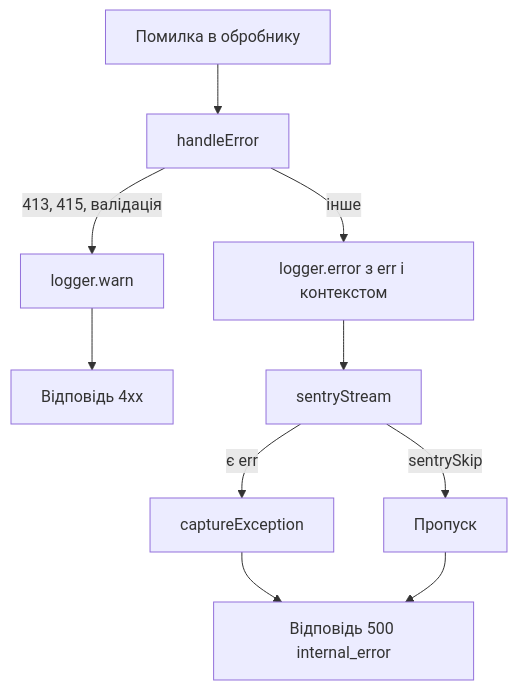
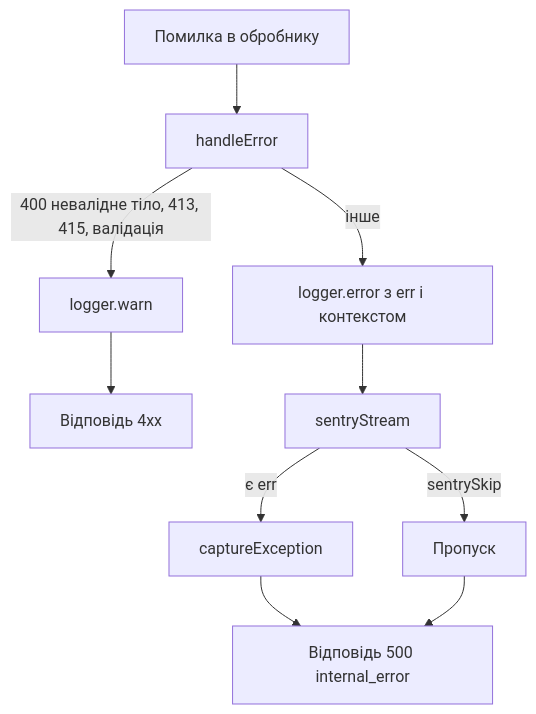
Before and after one commit to Blazheiko/itvibe-template: the diagram in documentation/backend/observability.md, drawn with Mermaid. The commit also changed 2 other files, not shown here.

Commit message:
Address review of feat-015: diagram, closed body kind, evidence
Observability flow shows the 400 branch; MalformedBodyError takes
MalformedBodyKind (Extract<BodyKind, "json">) instead of string;
progress.md records feat-015 evidence.

Tested: backend tests (471), typecheck, lint, docs:build + docs:verify

````diff
--- a/documentation/backend/observability.md
+++ b/documentation/backend/observability.md
@@ -87,12 +87,12 @@
 ```mermaid
 flowchart TD
     A[Помилка в обробнику] --> B[handleError]
-    B -->|413, 415, валідація| C[logger.warn]
+    B -->|400 невалідне тіло, 413, 415, валідація| C[logger.warn]
     B -->|інше| D["logger.error з err і контекстом"]
     C --> R1[Відповідь 4xx]
     D --> S[sentryStream]
     S -->|sentrySkip| X[Пропуск]
     S -->|є err| E[captureException]
     E --> R2["Відповідь 500 internal_error"]
     X --> R2
 ```
````
